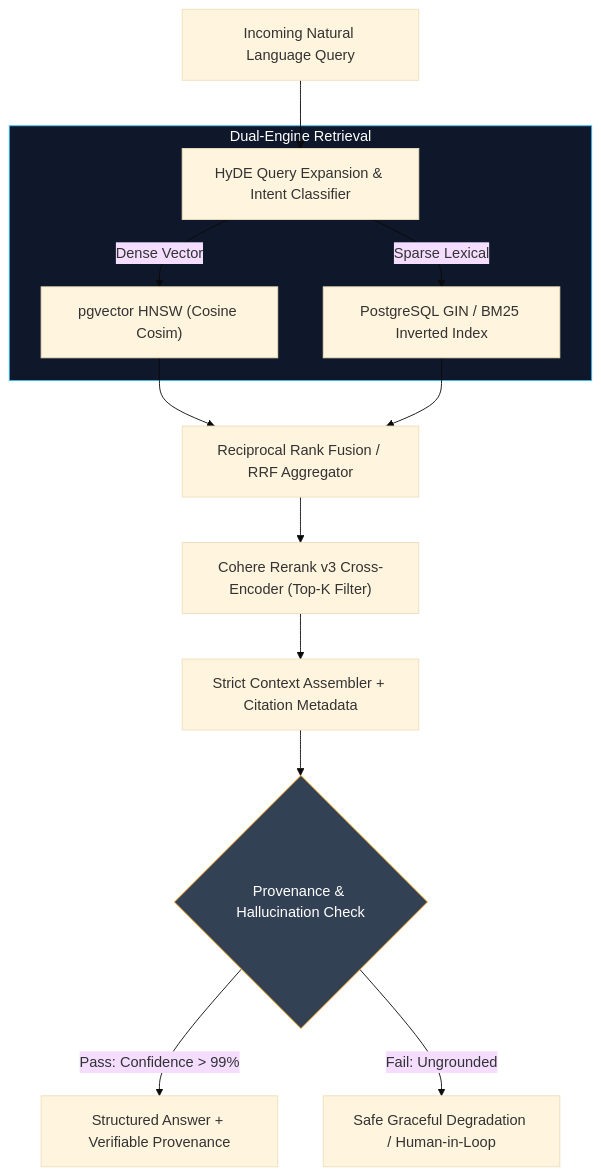
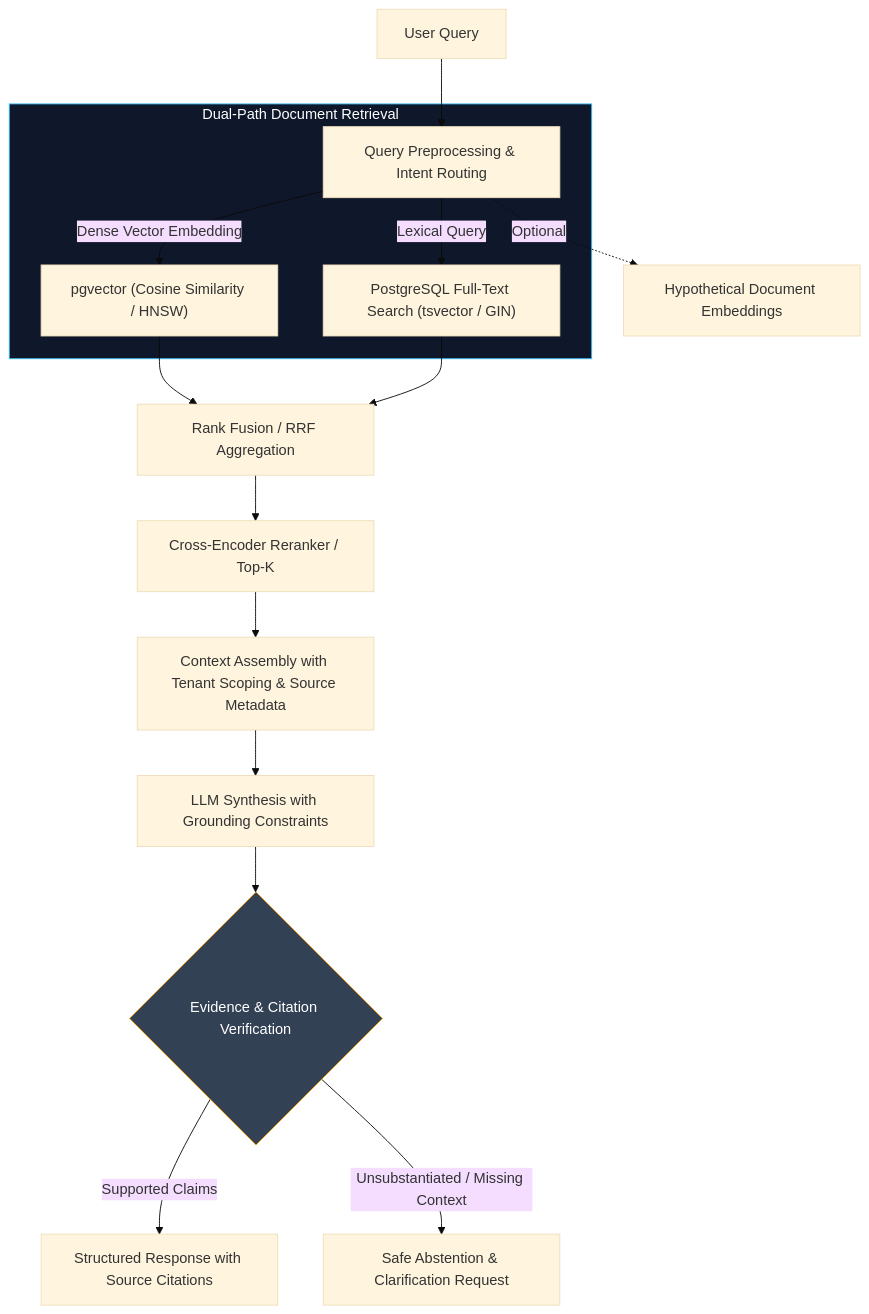
One commit to hkbharti77/hkbharti77 changed the second of 2 diagrams in README.md. Above: the diagram before and after it, drawn with Mermaid (base theme). The commit also changed other lines of this file, not shown here.

Commit message:
Audit and upgrade README: remove unsupported metrics, refine architecture diagrams and technical matrix

````diff
--- a/README.md
+++ b/README.md
@@ -77,21 +79,24 @@
 ```mermaid
 flowchart TD
-    Query[Incoming Natural Language Query] --> PreProc[HyDE Query Expansion & Intent Classifier]
+    UserQuery[User Query] --> Preprocess[Query Preprocessing & Intent Routing]
+    Preprocess -.->|Optional| HyDE[Hypothetical Document Embeddings]
     
-    subgraph Retrieval ["Dual-Engine Retrieval"]
-        PreProc -->|Dense Vector| HNSW["pgvector HNSW (Cosine Cosim)"]
-        PreProc -->|Sparse Lexical| BM25["PostgreSQL GIN / BM25 Inverted Index"]
+    subgraph DualRetrieval ["Dual-Path Document Retrieval"]
+        Preprocess -->|Dense Vector Embedding| Dense["pgvector (Cosine Similarity / HNSW)"]
+        Preprocess -->|Lexical Query| Sparse["PostgreSQL Full-Text Search (tsvector / GIN)"]
     end
 
-    HNSW --> RRF[Reciprocal Rank Fusion / RRF Aggregator]
-    BM25 --> RRF
+    Dense --> Fusion[Rank Fusion / RRF Aggregation]
+    Sparse --> Fusion
 
-    RRF --> CrossEnc["Cohere Rerank v3 Cross-Encoder (Top-K Filter)"]
-    CrossEnc --> ContextGround[Strict Context Assembler + Citation Metadata]
-    ContextGround --> Guardrail{"Provenance & Hallucination Check"}
-    Guardrail -->|Pass: Confidence > 99%| Output[Structured Answer + Verifiable Provenance]
-    Guardrail -->|Fail: Ungrounded| Fallback[Safe Graceful Degradation / Human-in-Loop]
+    Fusion --> Rerank[Cross-Encoder Reranker / Top-K]
+    Rerank --> ContextAssembly[Context Assembly with Tenant Scoping & Source Metadata]
+    ContextAssembly --> Generation[LLM Synthesis with Grounding Constraints]
+    Generation --> Validation{"Evidence & Citation Verification"}
 
-    style Retrieval fill:#0f172a,stroke:#38bdf8,stroke-width:1px,color:#fff
-    style Guardrail fill:#334155,stroke:#f59e0b,stroke-width:1px,color:#fff
+    Validation -->|Supported Claims| Response[Structured Response with Source Citations]
+    Validation -->|Unsubstantiated / Missing Context| Abstention[Safe Abstention & Clarification Request]
+
+    style DualRetrieval fill:#0f172a,stroke:#38bdf8,stroke-width:1px,color:#fff
+    style Validation fill:#334155,stroke:#f59e0b,stroke-width:1px,color:#fff
 ```
````
